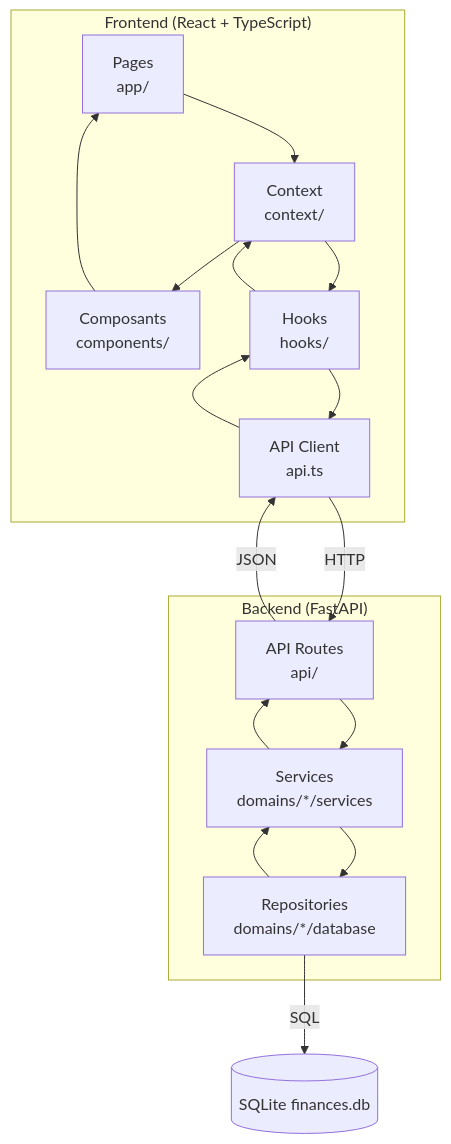
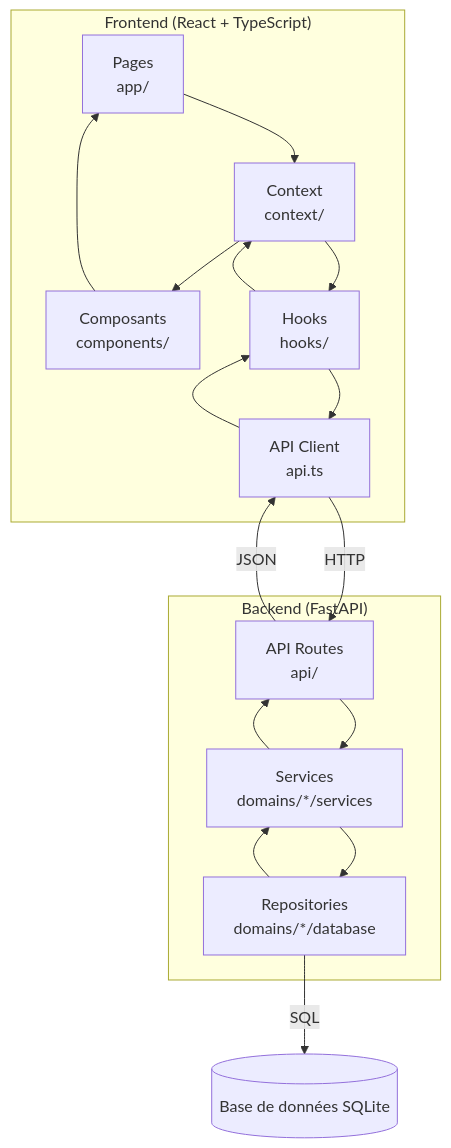
Before and after one commit to mdjabi2005-commits/gestio-feature: the diagram in AGENTS.md, drawn with Mermaid. The commit also changed other lines of this file and 6 other files, not shown here.

````diff
--- a/AGENTS.md
+++ b/AGENTS.md
@@ -124,33 +124,33 @@
 ```mermaid
 graph TB
     subgraph Frontend["Frontend (React + TypeScript)"]
         Pages[Pages<br/>app/]
         Components[Composants<br/>components/]
         Context[Context<br/>context/]
         Hooks[Hooks<br/>hooks/]
         API_Client["API Client<br/>api.ts"]
     end
 
     subgraph Backend["Backend (FastAPI)"]
         API[API Routes<br/>api/]
         Services[Services<br/>domains/*/services]
         Repos[Repositories<br/>domains/*/database]
     end
 
-    DB[(SQLite finances.db)]
+    DB[(Base de données SQLite)]
 
     Pages --> Context
     Context --> Hooks
     Hooks --> API_Client
     API_Client -->|HTTP| API
     API --> Services
     Services --> Repos
     Repos -->|SQL| DB
     Repos --> Services
     Services --> API
     API -->|JSON| API_Client
     API_Client --> Hooks
     Hooks --> Context
     Context --> Components
     Components --> Pages
 ```
````
